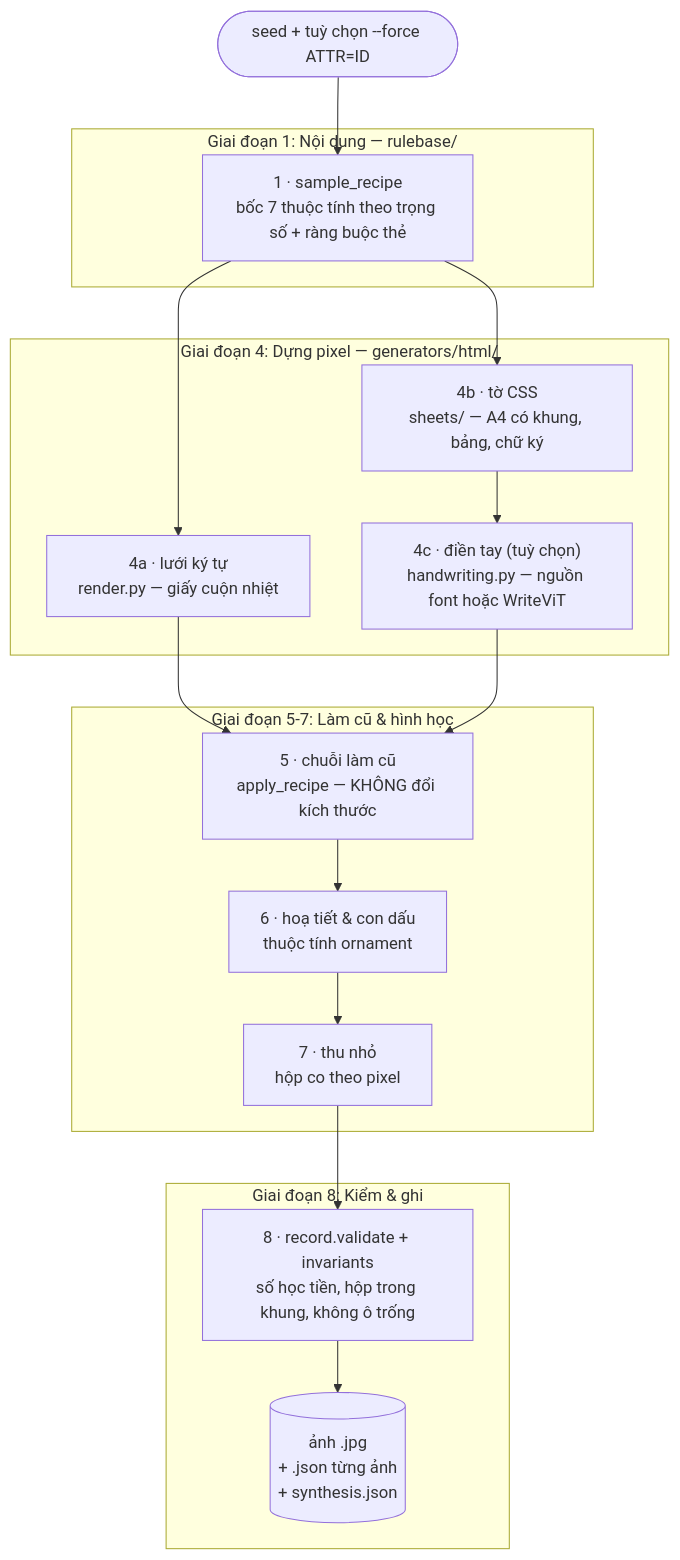
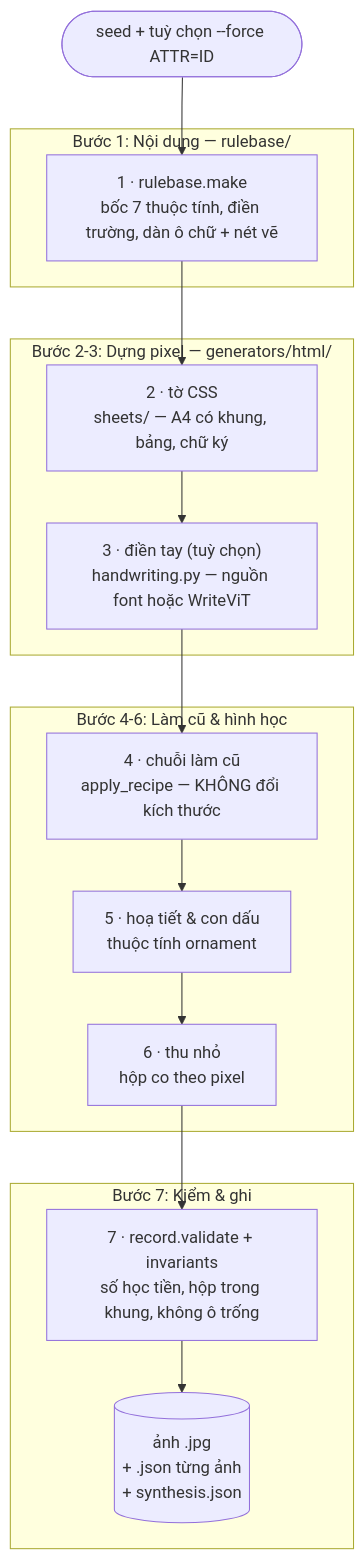
The first of 5 diagrams in README.md (LinhPhuong14/vlm-ocr-synthetic), drawn with Mermaid before and after one commit. The commit also changed other lines of this file, not shown here.

````diff
--- a/README.md
+++ b/README.md
@@ -72,26 +74,24 @@
 ```mermaid
 flowchart TD
     seed(["seed + tuỳ chọn --force ATTR=ID"]) --> A
 
-    subgraph S1 ["Giai đoạn 1: Nội dung — rulebase/"]
-        A["1 · sample_recipe<br/>bốc 7 thuộc tính theo trọng số + ràng buộc thẻ"]
+    subgraph S1 ["Bước 1: Nội dung — rulebase/"]
+        A["1 · rulebase.make<br/>bốc 7 thuộc tính, điền trường, dàn ô chữ + nét vẽ"]
     end
 
-    subgraph S2 ["Giai đoạn 4: Dựng pixel — generators/html/"]
-        A --> D1["4a · lưới ký tự<br/>render.py — giấy cuộn nhiệt"]
-        A --> D2["4b · tờ CSS<br/>sheets/ — A4 có khung, bảng, chữ ký"]
-        D2 --> D3["4c · điền tay (tuỳ chọn)<br/>handwriting.py — nguồn font hoặc WriteViT"]
+    subgraph S2 ["Bước 2-3: Dựng pixel — generators/html/"]
+        A --> D2["2 · tờ CSS<br/>sheets/ — A4 có khung, bảng, chữ ký"]
+        D2 --> D3["3 · điền tay (tuỳ chọn)<br/>handwriting.py — nguồn font hoặc WriteViT"]
     end
 
-    subgraph S3 ["Giai đoạn 5-7: Làm cũ & hình học"]
-        D1 --> E["5 · chuỗi làm cũ<br/>apply_recipe — KHÔNG đổi kích thước"]
-        D3 --> E
-        E --> F["6 · hoạ tiết & con dấu<br/>thuộc tính ornament"]
-        F --> G["7 · thu nhỏ<br/>hộp co theo pixel"]
+    subgraph S3 ["Bước 4-6: Làm cũ & hình học"]
+        D3 --> E["4 · chuỗi làm cũ<br/>apply_recipe — KHÔNG đổi kích thước"]
+        E --> F["5 · hoạ tiết & con dấu<br/>thuộc tính ornament"]
+        F --> G["6 · thu nhỏ<br/>hộp co theo pixel"]
     end
 
-    subgraph S4 ["Giai đoạn 8: Kiểm & ghi"]
-        G --> H["8 · record.validate + invariants<br/>số học tiền, hộp trong khung, không ô trống"]
+    subgraph S4 ["Bước 7: Kiểm & ghi"]
+        G --> H["7 · record.validate + invariants<br/>số học tiền, hộp trong khung, không ô trống"]
         H --> O[("ảnh .jpg<br/>+ .json từng ảnh<br/>+ synthesis.json")]
     end
 ```
````
